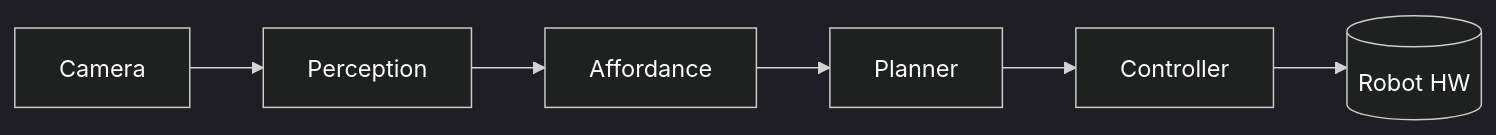
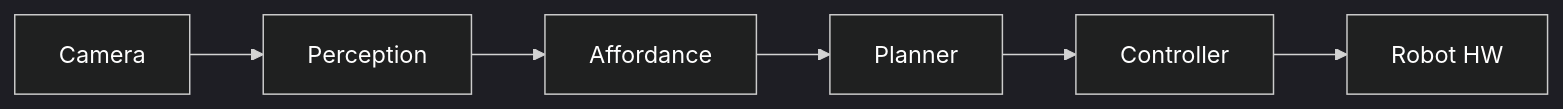
The second of 6 diagrams in architecture/system_B_RobotManipulation/architecture_diagrams.md (aurelius-in/RoboCaps), drawn with Mermaid before and after one commit. The commit also changed other lines of this file and 3 other files, not shown here.

Commit message:
fix(mermaid): make diagrams GitHub-compatible (labels, theme, font)

````diff
--- a/architecture/system_B_RobotManipulation/architecture_diagrams.md
+++ b/architecture/system_B_RobotManipulation/architecture_diagrams.md
@@ -20,9 +20,9 @@
 ```mermaid
 %%{init: { 'theme': 'dark', 'themeVariables': { 'background':'#000', 'primaryTextColor':'#FFF', 'textColor':'#FFF', 'fontSize':'16px' }}}%%
 flowchart LR
   CAM[Camera]-->PER[Perception]
   PER-->AFF[Affordance]
   AFF-->PLAN[Planner]
   PLAN-->CTRL[Controller]
-  CTRL-->ROBOT[(Robot HW)]
+  CTRL-->ROBOT[Robot HW]
 ```
````
